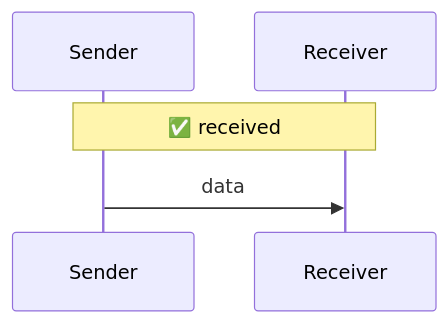
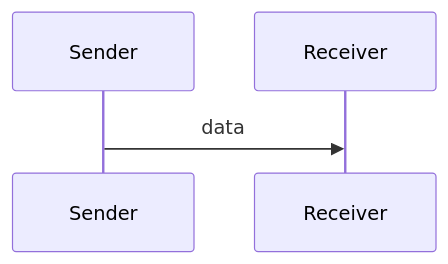
One commit to wdyjwdy/notes changed the second of 7 diagrams in network/tcp.md. Above: the diagram before and after it, drawn with Mermaid. The commit also changed other lines of this file, not shown here.

````diff
--- a/network/tcp.md
+++ b/network/tcp.md
@@ -67,8 +67,7 @@
 ```mermaid
 sequenceDiagram
   participant S as Sender
   participant R as Receiver
 
-  Note over S, R: ✅ received
   S ->> R: data
 ```
````
